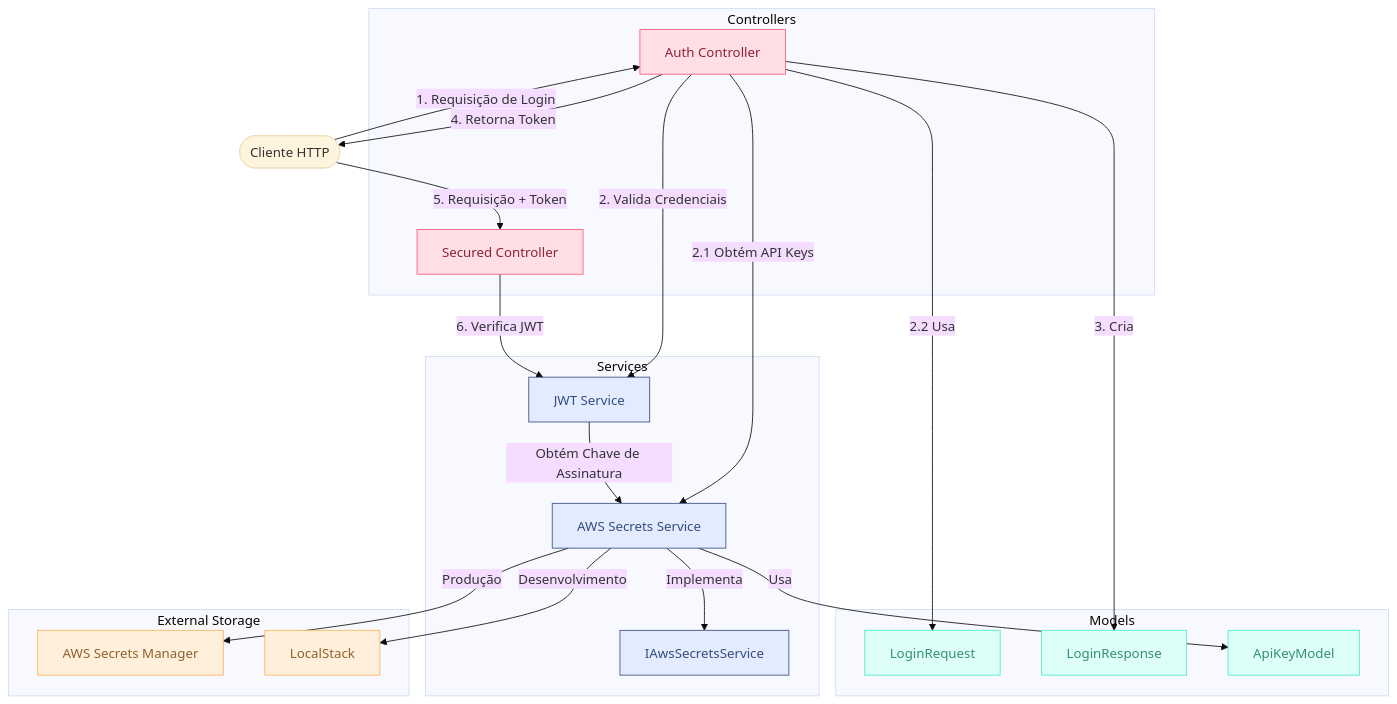
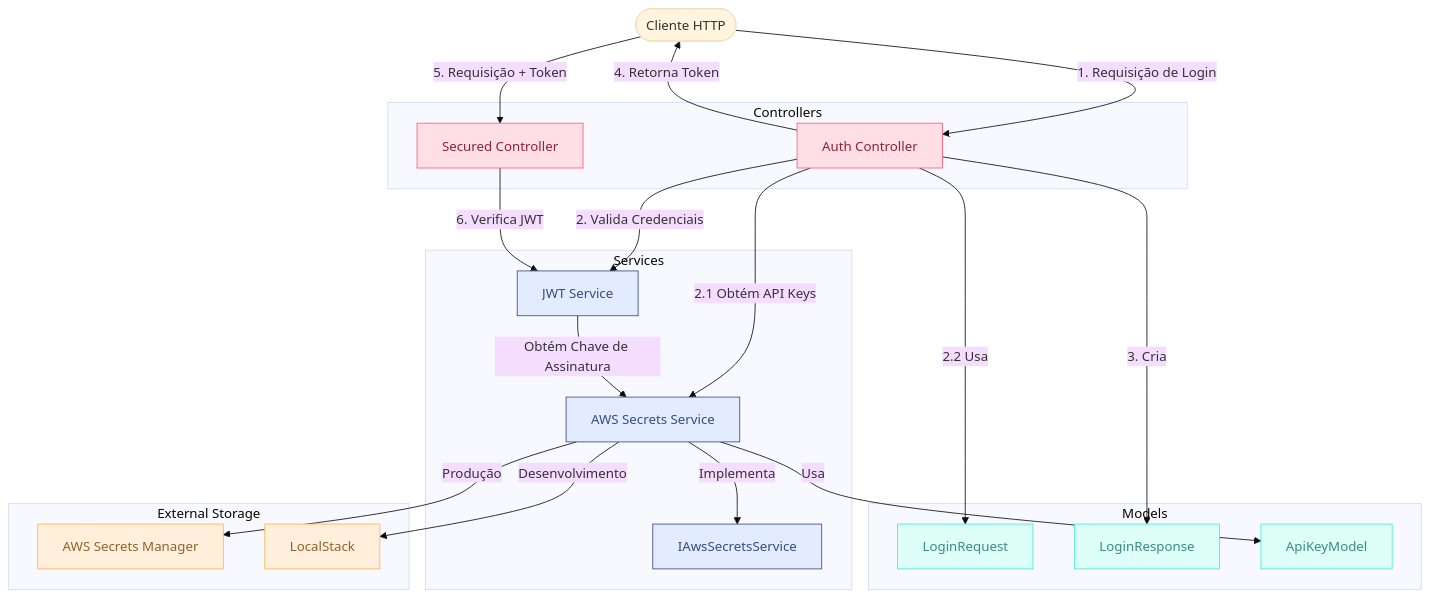
One commit to osouzaelias/JwtAuthServiceDemo changed the diagram in README.md. Above: the diagram before and after it, drawn with Mermaid (base theme).

Commit message:
Enhance flowchart styling and structure in README
Updated the Mermaid diagram with consistent class definitions to improve visual clarity and added descriptive labels for key elements. Simplified and organized the flowchart for better readability and maintainability.

````diff
--- a/README.md
+++ b/README.md
@@ -21,49 +21,48 @@
 ```mermaid
 flowchart TB
-  subgraph Controllers["Controllers"]
-    AuthController["Auth Controller"]
-    SecuredController["Secured Controller"]
+  classDef controllers stroke-width:1px, stroke-dasharray:none, stroke:#FF5978, fill:#FFDFE5, color:#8E2236
+  classDef services stroke-width:1px, stroke-dasharray:none, stroke:#374D7C, fill:#E2EBFF, color:#374D7C
+  classDef models stroke-width:1px, stroke-dasharray:none, stroke:#46EDC8, fill:#DEFFF8, color:#378E7A
+  classDef external stroke-width:1px, stroke-dasharray:none, stroke:#FBB35A, fill:#FFEFDB, color:#8F632D
+
+  Client([Cliente HTTP])
+  Client -->|1. Requisição de Login| AuthController
+  Client -->|5. Requisição + Token| SecuredController
+
+  subgraph Controllers
+    AuthController[Auth Controller]:::controllers
+    SecuredController[Secured Controller]:::controllers
   end
-  subgraph Services["Services"]
-    JwtService["JWT Service"]
-    AwsSecrets["AWS Secrets Service"]
-    IAwsSecrets["IAwsSecretsService"]
+
+  subgraph Services
+    JwtService[JWT Service]:::services
+    AwsSecrets[AWS Secrets Service]:::services
+    IAwsSecrets[IAwsSecretsService]:::services
   end
-  subgraph Models["Models"]
-    LoginReq["LoginRequest"]
-    LoginResp["LoginResponse"]
-    ApiKey["ApiKeyModel"]
+
+  subgraph Models
+    LoginReq[LoginRequest]:::models
+    LoginResp[LoginResponse]:::models
+    ApiKey[ApiKeyModel]:::models
   end
-  subgraph subGraph3["External Storage"]
-    AWS["AWS Secrets Manager"]
-    LocalStack["LocalStack"]
+
+  subgraph "External Storage"
+    AWS[AWS Secrets Manager]:::external
+    LocalStack[LocalStack]:::external
   end
-  Client(["Cliente HTTP"]) -- "1. Requisição de Login" --> AuthController
-  Client -- "5. Requisição + Token" --> SecuredController
-  AuthController -- "2. Valida Credenciais" --> JwtService
-  AuthController -- "2.1 Obtém API Keys" --> AwsSecrets
-  AuthController -- "3. Cria" --> LoginResp
-  AuthController -- "2.2 Usa" --> LoginReq
-  AuthController -- "4. Retorna Token" --> Client
-  SecuredController -- "6. Verifica JWT" --> JwtService
-  JwtService -- Obtém Chave de Assinatura --> AwsSecrets
-  AwsSecrets -- Implementa --> IAwsSecrets
-  AwsSecrets -- Usa --> ApiKey
-  AwsSecrets -- Produção --> AWS
-  AwsSecrets -- Desenvolvimento --> LocalStack
 
-  AuthController:::Rose
-  SecuredController:::Rose
-  JwtService:::Sky
-  AwsSecrets:::Sky
-  IAwsSecrets:::Sky
-  LoginReq:::Aqua
-  LoginResp:::Aqua
-  ApiKey:::Aqua
-  AWS:::Peach
-  LocalStack:::Peach
-  classDef Peach stroke-width:1px, stroke-dasharray:none, stroke:#FBB35A, fill:#FFEFDB, color:#8F632D
-  classDef Sky stroke-width:1px, stroke-dasharray:none, stroke:#374D7C, fill:#E2EBFF, color:#374D7C
-  classDef Aqua stroke-width:1px, stroke-dasharray:none, stroke:#46EDC8, fill:#DEFFF8, color:#378E7A
-  classDef Rose stroke-width:1px, stroke-dasharray:none, stroke:#FF5978, fill:#FFDFE5, color:#8E2236
+  AuthController -->|2. Valida Credenciais| JwtService
+  AuthController -->|2.1 Obtém API Keys| AwsSecrets
+  AuthController -->|3. Cria| LoginResp
+  AuthController -->|2.2 Usa| LoginReq
+  AuthController -->|4. Retorna Token| Client
+
+  SecuredController -->|6. Verifica JWT| JwtService
+
+  JwtService -->|Obtém Chave de Assinatura| AwsSecrets
+  AwsSecrets -->|Implementa| IAwsSecrets
+  AwsSecrets -->|Usa| ApiKey
+
+  AwsSecrets -->|Produção| AWS
+  AwsSecrets -->|Desenvolvimento| LocalStack
 ```
````
